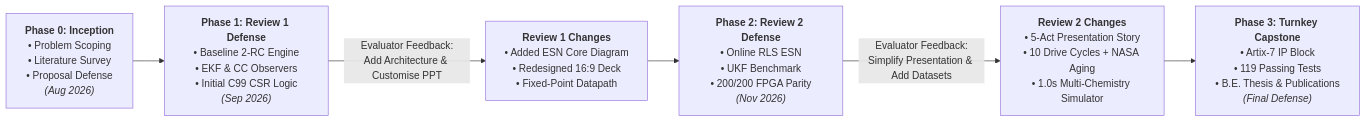
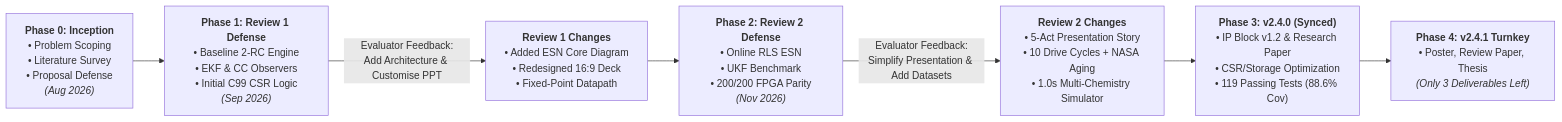
One commit to tanish-jain-225/Battery_State_Estimator_BE_Project_2026_2027 changed the first of 3 diagrams in README.md. Above: the diagram before and after it, drawn with Mermaid. The commit also changed other lines of this file and 6 other files, not shown here.

````diff
--- a/README.md
+++ b/README.md
@@ -69,9 +69,10 @@
 ```mermaid
 flowchart LR
     P0["<b>Phase 0: Inception</b><br/>• Problem Scoping<br/>• Literature Survey<br/>• Proposal Defense<br/><i>(Aug 2026)</i>"] 
     P0 --> P1["<b>Phase 1: Review 1 Defense</b><br/>• Baseline 2-RC Engine<br/>• EKF & CC Observers<br/>• Initial C99 CSR Logic<br/><i>(Sep 2026)</i>"]
     P1 -->|"Evaluator Feedback:<br/>Add Architecture & Customise PPT"| P1_Fix["<b>Review 1 Changes</b><br/>• Added ESN Core Diagram<br/>• Redesigned 16:9 Deck<br/>• Fixed-Point Datapath"]
     P1_Fix --> P2["<b>Phase 2: Review 2 Defense</b><br/>• Online RLS ESN<br/>• UKF Benchmark<br/>• 200/200 FPGA Parity<br/><i>(Nov 2026)</i>"]
     P2 -->|"Evaluator Feedback:<br/>Simplify Presentation & Add Datasets"| P2_Fix["<b>Review 2 Changes</b><br/>• 5-Act Presentation Story<br/>• 10 Drive Cycles + NASA Aging<br/>• 1.0s Multi-Chemistry Simulator"]
-    P2_Fix --> P3["<b>Phase 3: Turnkey Capstone</b><br/>• Artix-7 IP Block<br/>• 119 Passing Tests<br/>• B.E. Thesis & Publications<br/><i>(Final Defense)</i>"]
+    P2_Fix --> P3["<b>Phase 3: v2.4.0 (Synced)</b><br/>• IP Block v1.2 & Research Paper<br/>• CSR/Storage Optimization<br/>• 119 Passing Tests (88.6% Cov)"]
+    P3 --> P4["<b>Phase 4: v2.4.1 Turnkey</b><br/>• Poster, Review Paper, Thesis<br/><i>(Only 3 Deliverables Left)</i>"]
 ```
````
